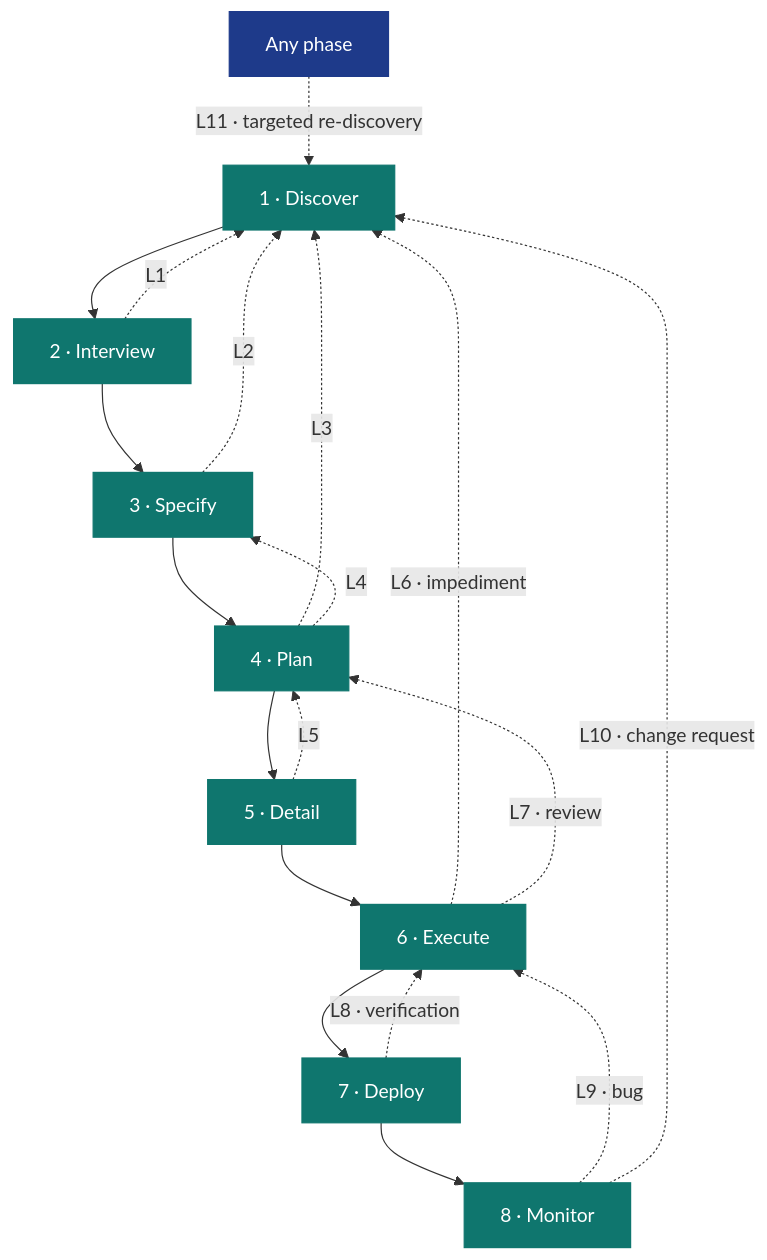
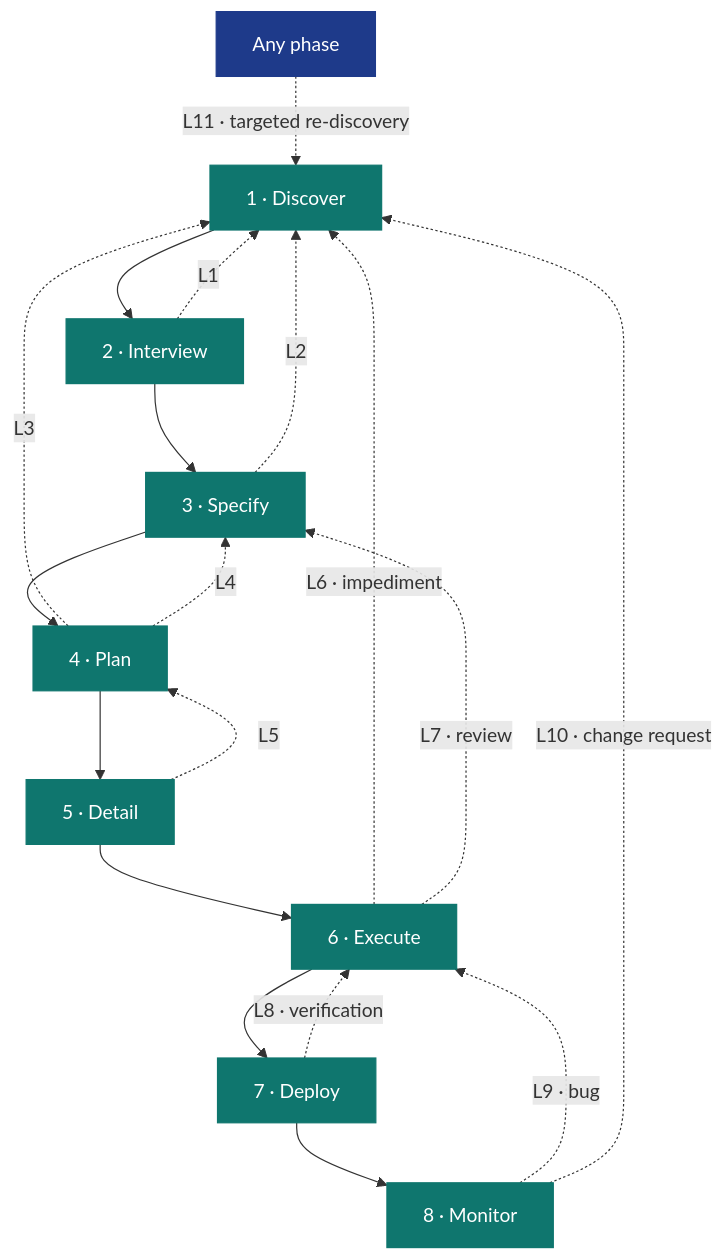
The first of 2 diagrams in methodology/aid-methodology.md (AndreVianna/aid-methodology), drawn with Mermaid before and after one commit. The commit also changed other lines of this file and 1 other file, not shown here.

````diff
--- a/methodology/aid-methodology.md
+++ b/methodology/aid-methodology.md
@@ -526,29 +528,29 @@
 ```mermaid
 flowchart TB
     classDef phase fill:#0F766E,stroke:#0F766E,color:#ffffff
     classDef kb fill:#1E3A8A,stroke:#1E3A8A,color:#ffffff
 
     D["1 · Discover"]:::phase
     I["2 · Interview"]:::phase
     S["3 · Specify"]:::phase
     P["4 · Plan"]:::phase
     Dt["5 · Detail"]:::phase
     E["6 · Execute"]:::phase
     Dp["7 · Deploy"]:::phase
     M["8 · Monitor"]:::phase
 
     D --> I --> S --> P --> Dt --> E --> Dp --> M
 
     I -. "L1" .-> D
     S -. "L2" .-> D
     P -. "L3" .-> D
     P -. "L4" .-> S
     Dt -. "L5" .-> P
     E -. "L6 · impediment" .-> D
-    E -. "L7 · review" .-> P
+    E -. "L7 · review" .-> S
     Dp -. "L8 · verification" .-> E
     M -. "L9 · bug" .-> E
     M -. "L10 · change request" .-> D
 
     Any["Any phase"]:::kb -. "L11 · targeted re-discovery" .-> D
 ```
````
